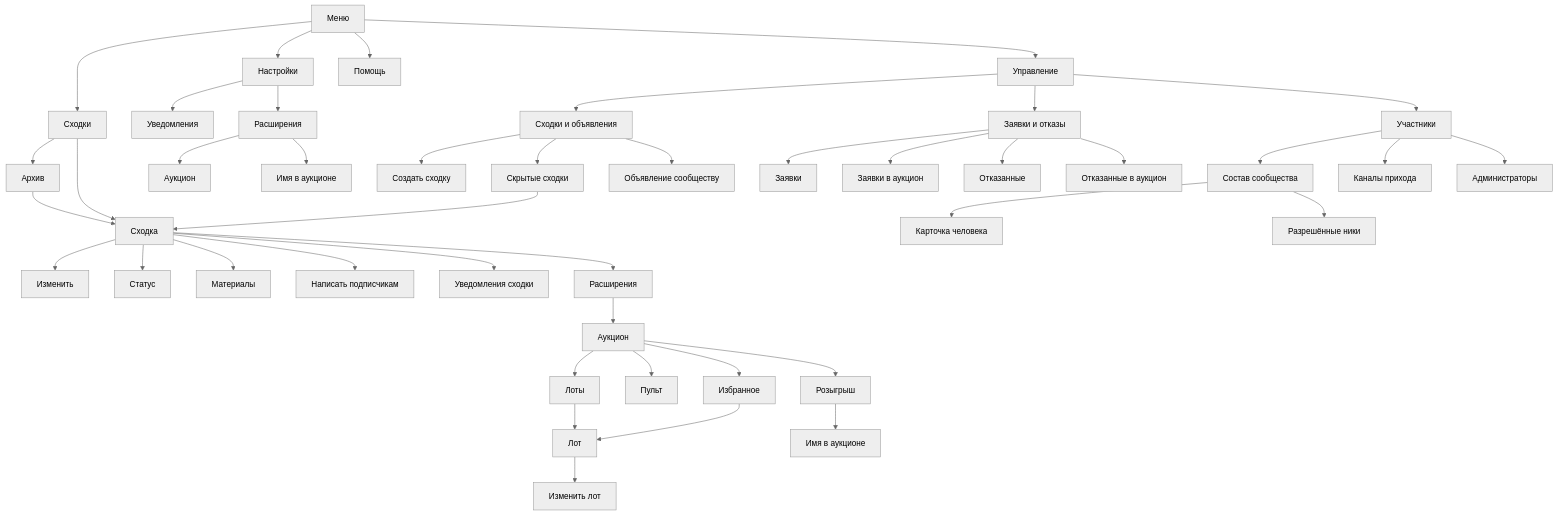
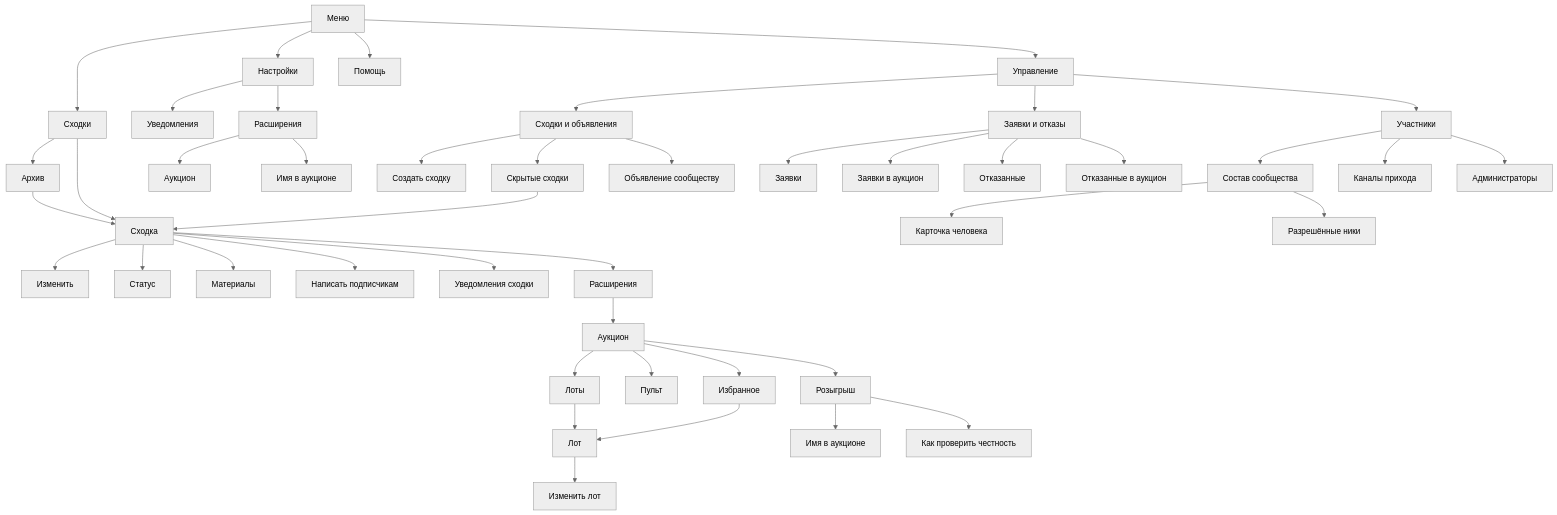
Before and after one commit to Solguficky/solguficky-hub: the first of 2 diagrams in docs/design/bot/design-code.md, drawn with Mermaid (neutral theme). The commit also changed other lines of this file and 65 other files, not shown here.

Commit message:
fix: Fix lot form, console, raffle and first bid found in the live run

````diff
--- a/docs/design/bot/design-code.md
+++ b/docs/design/bot/design-code.md
@@ -37,51 +37,52 @@
 ```mermaid
 flowchart TD
     menu[Меню]
     menu --> meetups[Сходки]
     menu --> settings[Настройки]
     menu --> help[Помощь]
     menu --> manage[Управление]
     meetups --> archive[Архив]
     settings --> notify[Уведомления]
     settings --> settingsExt[Расширения]
     settingsExt --> outbid[Аукцион]
     settingsExt --> hubName[Имя в аукционе]
 
     meetups --> card[Сходка]
     archive --> card
     hidden --> card
 
     card --> edit[Изменить]
     card --> status[Статус]
     card --> materials[Материалы]
     card --> broadcast[Написать подписчикам]
     card --> notifyMeetup[Уведомления сходки]
     card --> extensions[Расширения]
     extensions --> auctionRoot[Аукцион]
     auctionRoot --> lots[Лоты]
     lots --> lot[Лот]
     lot --> lotForm[Изменить лот]
     auctionRoot --> console[Пульт]
     auctionRoot --> lotFavorites[Избранное]
     lotFavorites --> lot
     auctionRoot --> lotRaffle[Розыгрыш]
     lotRaffle --> lotRaffleName[Имя в аукционе]
+    lotRaffle --> lotRaffleProof[Как проверить честность]
 
     manage --> gMeetups[Сходки и объявления]
     manage --> gApplications[Заявки и отказы]
     manage --> gMembers[Участники]
 
     gMeetups --> create[Создать сходку]
     gMeetups --> hidden[Скрытые сходки]
     gMeetups --> announce[Объявление сообществу]
     gApplications --> applications[Заявки]
     gApplications --> auctionApplications[Заявки в аукцион]
     gApplications --> refused[Отказанные]
     gApplications --> auctionRefused[Отказанные в аукцион]
     gMembers --> community[Состав сообщества]
     gMembers --> channels[Каналы прихода]
     gMembers --> administrators[Администраторы]
 
     community --> person[Карточка человека]
     community --> nicks[Разрешённые ники]
 ```
````
